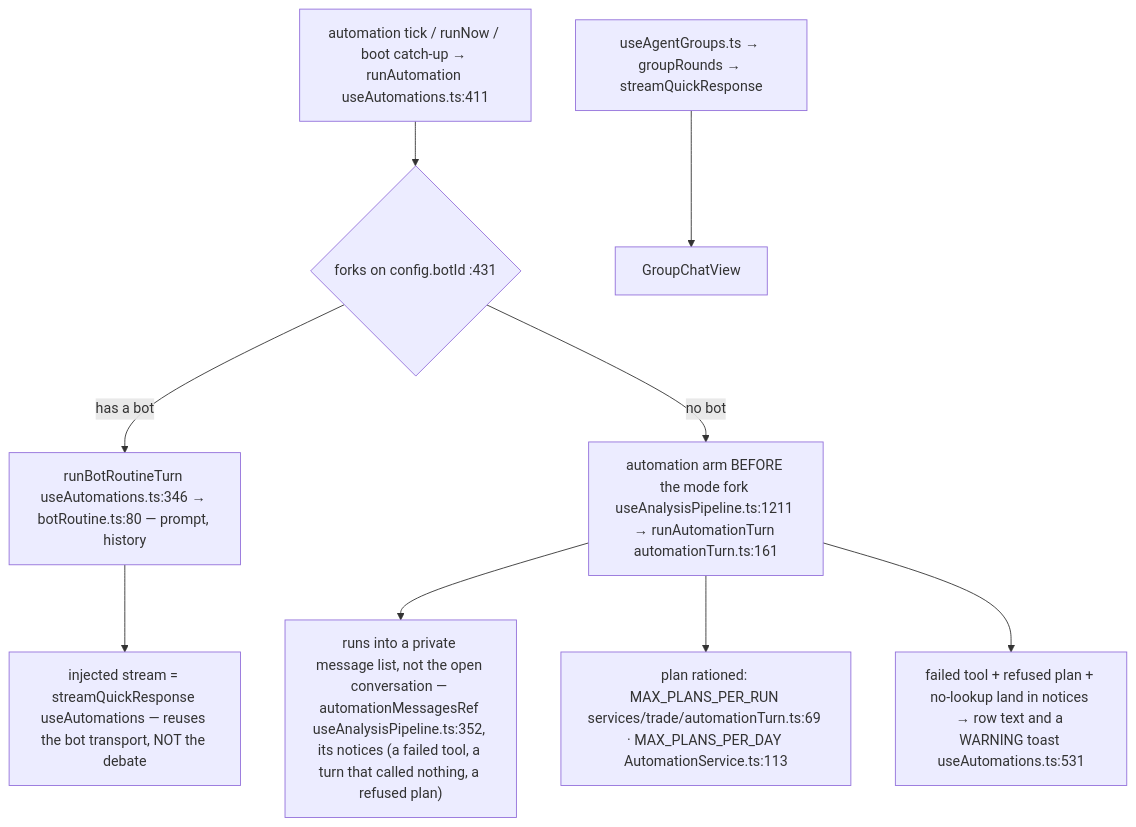
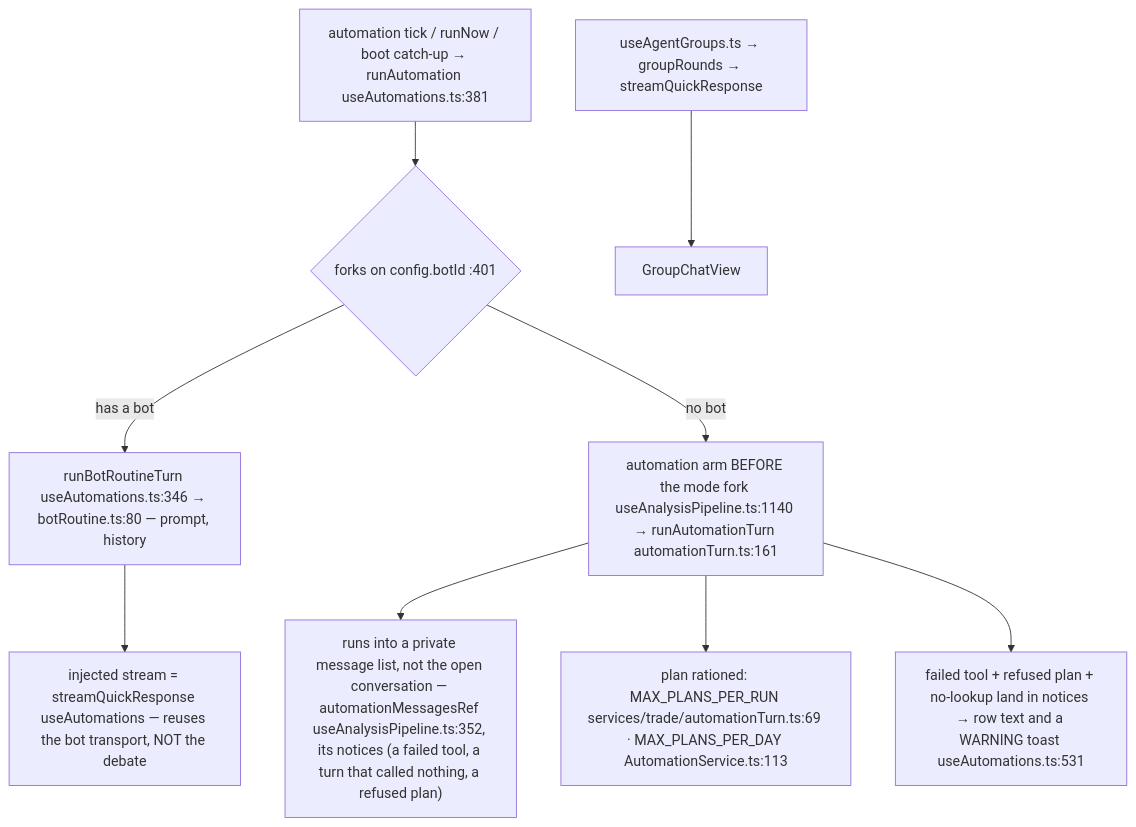
Before and after one commit to Acepay25/august-3.5: the fifth of 7 diagrams in docs/app-flow.md, drawn with Mermaid. The commit also changed other lines of this file and 82 other files, not shown here.

````diff
--- a/docs/app-flow.md
+++ b/docs/app-flow.md
@@ -301,11 +300,11 @@
 ```mermaid
 flowchart TD
-    TK["automation tick / runNow / boot catch-up → runAutomation useAutomations.ts:411"] --> D{"forks on config.botId :431"}
+    TK["automation tick / runNow / boot catch-up → runAutomation useAutomations.ts:381"] --> D{"forks on config.botId :401"}
     D -->|has a bot| BR["runBotRoutineTurn useAutomations.ts:346 → botRoutine.ts:80 — prompt, history"]
     BR --> ST["injected stream = streamQuickResponse useAutomations — reuses the bot transport, NOT the debate"]
-    D -->|no bot| AT["automation arm BEFORE the mode fork useAnalysisPipeline.ts:1211 → runAutomationTurn automationTurn.ts:161"]
+    D -->|no bot| AT["automation arm BEFORE the mode fork useAnalysisPipeline.ts:1140 → runAutomationTurn automationTurn.ts:161"]
     AT --> PRIV["runs into a private message list, not the open conversation — automationMessagesRef useAnalysisPipeline.ts:352, its notices (a failed tool, a turn that called nothing, a refused plan)"]
     AT --> CAP["plan rationed: MAX_PLANS_PER_RUN services/trade/automationTurn.ts:69 · MAX_PLANS_PER_DAY AutomationService.ts:113"]
     AT --> FAIL["failed tool + refused plan + no-lookup land in notices → row text and a WARNING toast useAutomations.ts:531"]
     GR["useAgentGroups.ts → groupRounds → streamQuickResponse"] --> GV["GroupChatView"]
 ```
````
